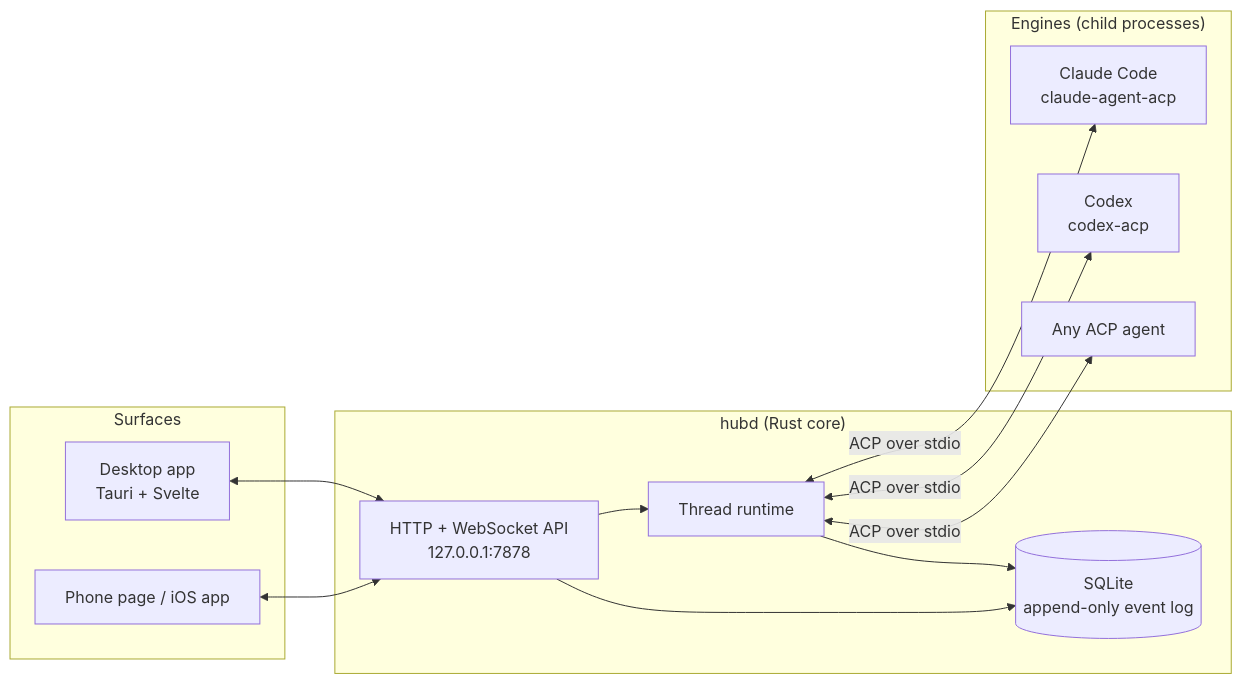
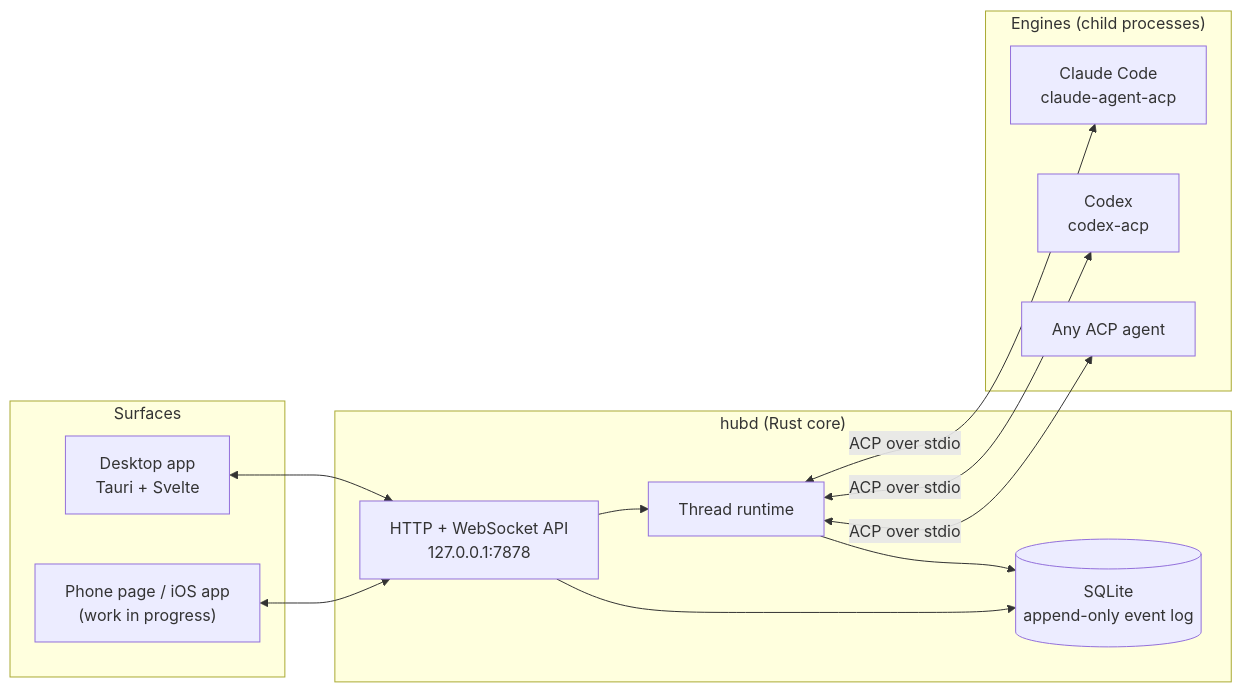
One commit to KarlssonChristoffer/styr changed the first of 3 diagrams in README.md. Above: the diagram before and after it, drawn with Mermaid. The commit also changed other lines of this file and 5 other files, not shown here.

````diff
--- a/README.md
+++ b/README.md
@@ -39,25 +43,25 @@
 ```mermaid
 flowchart LR
     subgraph Surfaces
         App["Desktop app<br/>Tauri + Svelte"]
-        Phone["Phone page / iOS app"]
+        Phone["Phone page / iOS app<br/>(work in progress)"]
     end
     subgraph Core["hubd (Rust core)"]
         API["HTTP + WebSocket API<br/>127.0.0.1:7878"]
         RT["Thread runtime"]
         Log[("SQLite<br/>append-only event log")]
     end
     subgraph Engines["Engines (child processes)"]
         CC["Claude Code<br/>claude-agent-acp"]
         CX["Codex<br/>codex-acp"]
         Any["Any ACP agent"]
     end
     App <--> API
     Phone <--> API
     API --> RT
     RT <-->|"ACP over stdio"| CC
     RT <-->|"ACP over stdio"| CX
     RT <-->|"ACP over stdio"| Any
     RT --> Log
     API --> Log
 ```
````
